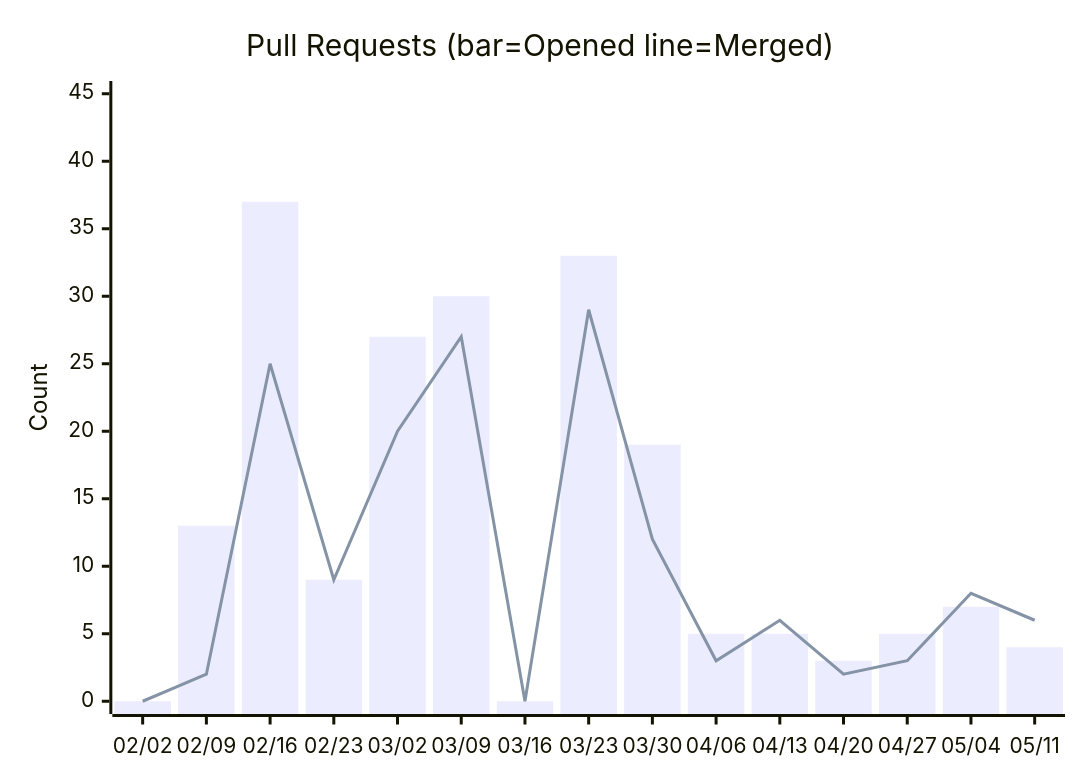
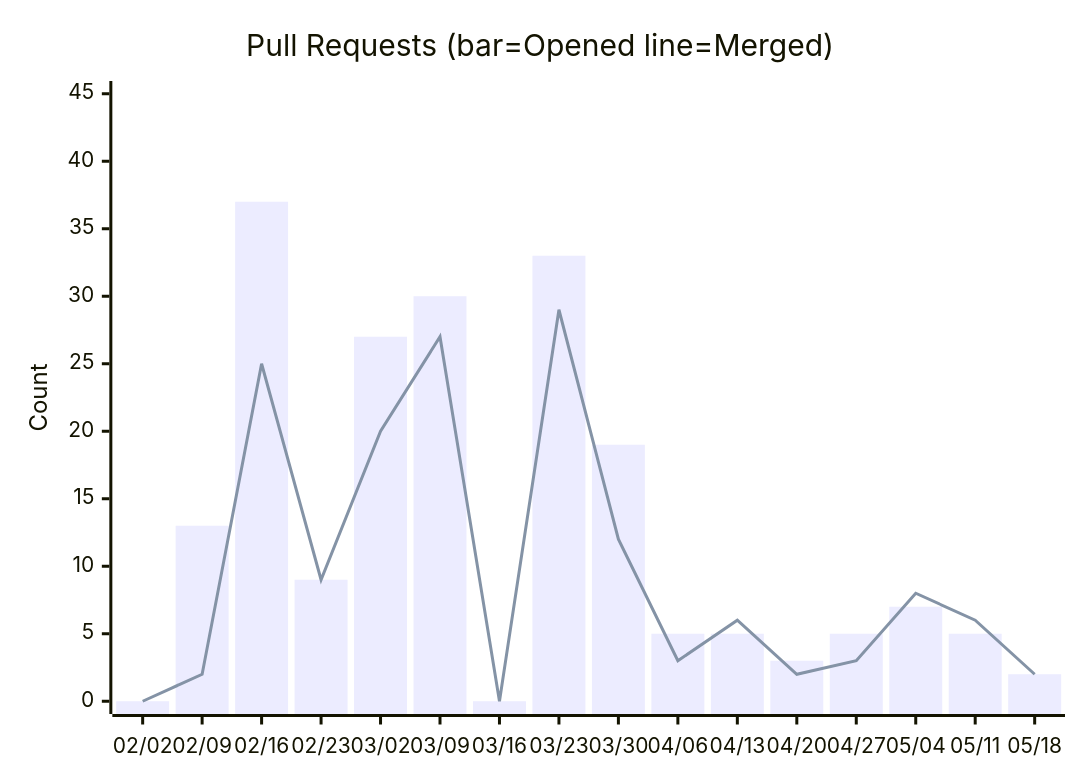
The sixth of 14 diagrams in docs/metrics.md (nablarch/nabledge-dev), drawn with Mermaid before and after one commit. The commit also changed other lines of this file and 2 other files, not shown here.

````diff
--- a/docs/metrics.md
+++ b/docs/metrics.md
@@ -100,8 +100,8 @@
 ```mermaid
 xychart-beta
   title "Pull Requests (bar=Opened  line=Merged)"
-  x-axis ["02/02", "02/09", "02/16", "02/23", "03/02", "03/09", "03/16", "03/23", "03/30", "04/06", "04/13", "04/20", "04/27", "05/04", "05/11"]
+  x-axis ["02/02", "02/09", "02/16", "02/23", "03/02", "03/09", "03/16", "03/23", "03/30", "04/06", "04/13", "04/20", "04/27", "05/04", "05/11", "05/18"]
   y-axis "Count" 0 --> 45
-  bar [0, 13, 37, 9, 27, 30, 0, 33, 19, 5, 5, 3, 5, 7, 4]
-  line [0, 2, 25, 9, 20, 27, 0, 29, 12, 3, 6, 2, 3, 8, 6]
+  bar [0, 13, 37, 9, 27, 30, 0, 33, 19, 5, 5, 3, 5, 7, 5, 2]
+  line [0, 2, 25, 9, 20, 27, 0, 29, 12, 3, 6, 2, 3, 8, 6, 2]
 ```
````
